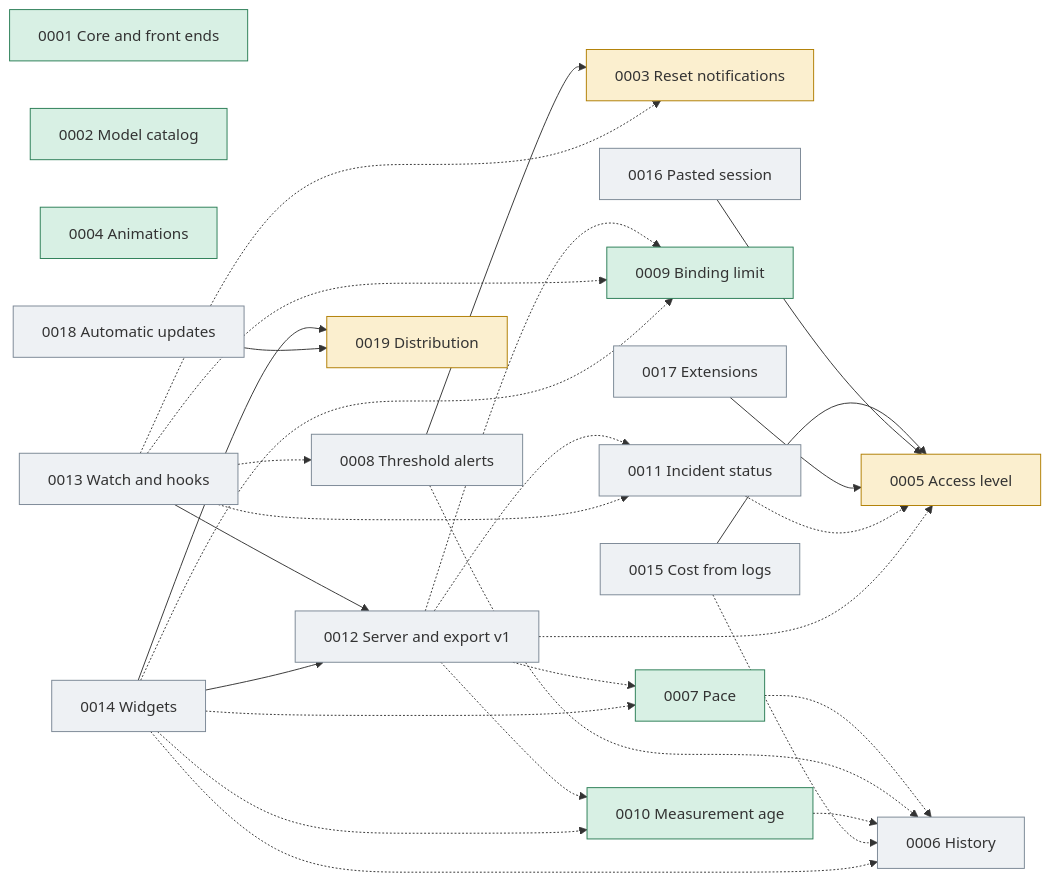
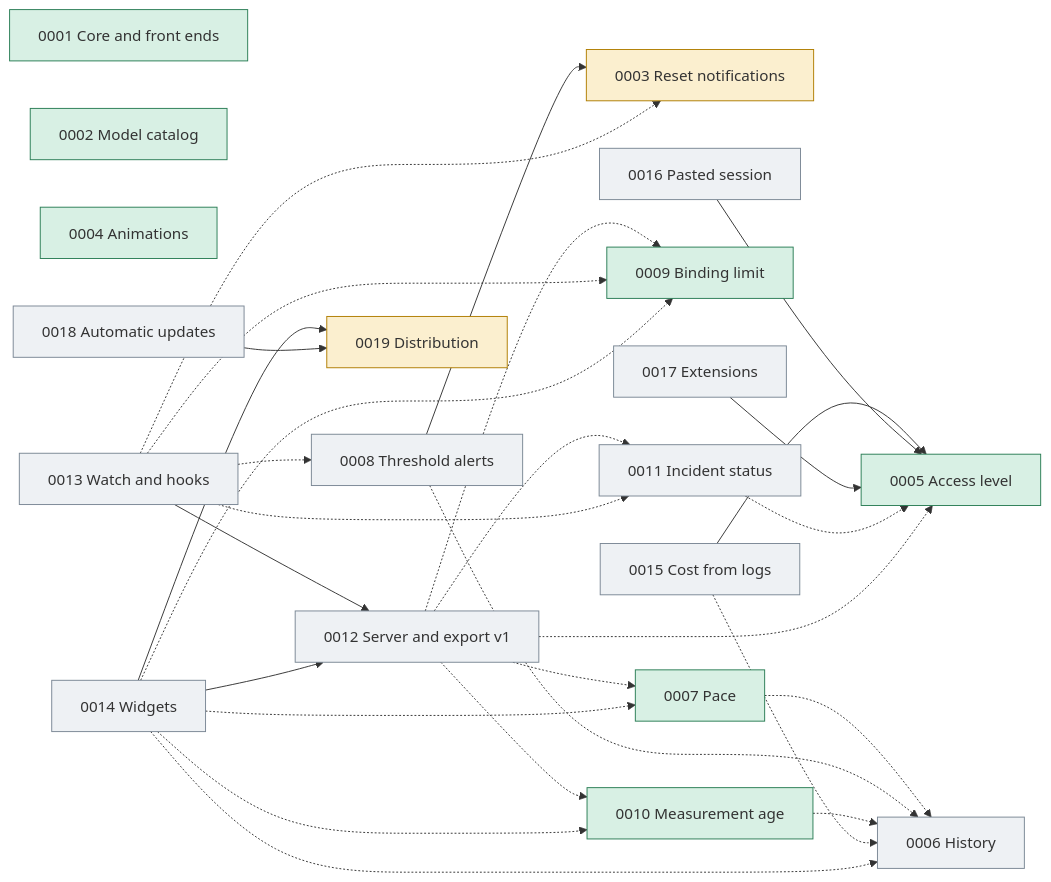
The diagram in docs/plans/0000_control.md (jmarcon/cuotai), drawn with Mermaid before and after one commit. The commit also changed other lines of this file and 13 other files, not shown here.

````diff
--- a/docs/plans/0000_control.md
+++ b/docs/plans/0000_control.md
@@ -87,54 +88,54 @@
 ```mermaid
 graph LR
   classDef done fill:#d8f0e4,stroke:#2a7d55
   classDef wip fill:#fbefcf,stroke:#b07d00
   classDef todo fill:#eef1f4,stroke:#7a8794
 
   P1["0001 Core and front ends"]:::done
   P2["0002 Model catalog"]:::done
   P3["0003 Reset notifications"]:::wip
   P4["0004 Animations"]:::done
-  P5["0005 Access level"]:::wip
+  P5["0005 Access level"]:::done
   P6["0006 History"]:::todo
   P7["0007 Pace"]:::done
   P8["0008 Threshold alerts"]:::todo
   P9["0009 Binding limit"]:::done
   P10["0010 Measurement age"]:::done
   P11["0011 Incident status"]:::todo
   P12["0012 Server and export v1"]:::todo
   P13["0013 Watch and hooks"]:::todo
   P14["0014 Widgets"]:::todo
   P15["0015 Cost from logs"]:::todo
   P16["0016 Pasted session"]:::todo
   P17["0017 Extensions"]:::todo
   P18["0018 Automatic updates"]:::todo
   P19["0019 Distribution"]:::wip
 
   P8 --> P3
   P13 --> P12
   P14 --> P12
   P14 --> P19
   P15 --> P5
   P16 --> P5
   P17 --> P5
   P18 --> P19
 
   P7 -.-> P6
   P8 -.-> P6
   P10 -.-> P6
   P11 -.-> P5
   P15 -.-> P6
   P12 -.-> P5
   P12 -.-> P7
   P12 -.-> P9
   P12 -.-> P10
   P12 -.-> P11
   P13 -.-> P3
   P13 -.-> P8
   P13 -.-> P9
   P13 -.-> P11
   P14 -.-> P6
   P14 -.-> P7
   P14 -.-> P9
   P14 -.-> P10
 ```
````
